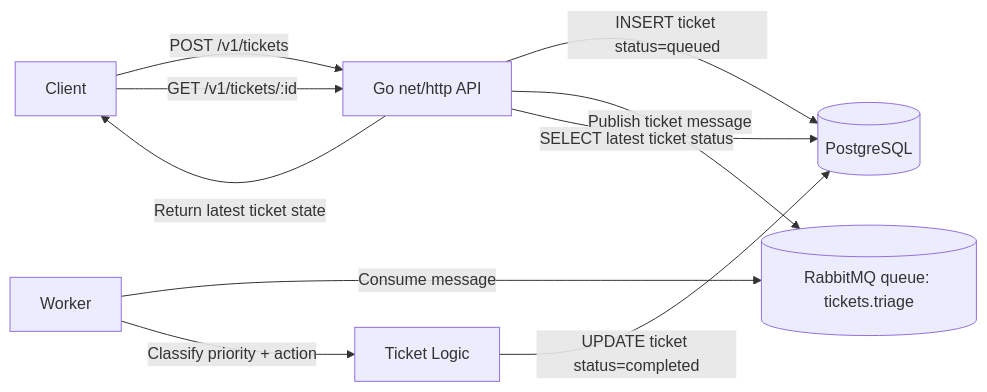
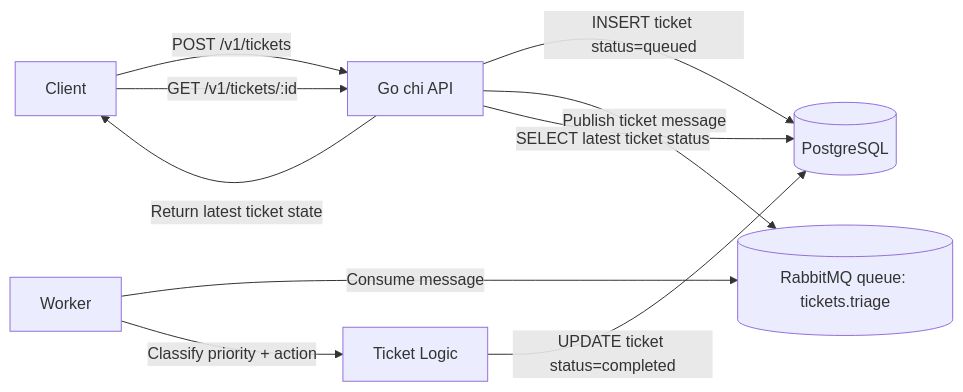
Before and after one commit to sandeepkv93/rabbitamq-queuecraft: the diagram in README.md, drawn with Mermaid. The commit also changed other lines of this file and 4 other files, not shown here.

Commit message:
refactor: migrate API routing to chi and add integration tests

````diff
--- a/README.md
+++ b/README.md
@@ -12,12 +12,12 @@
 ```mermaid
 flowchart LR
-    C[Client] -->|POST /v1/tickets| API[Go net/http API]
+    C[Client] -->|POST /v1/tickets| API[Go chi API]
     API -->|INSERT ticket status=queued| DB[(PostgreSQL)]
     API -->|Publish ticket message| Q[(RabbitMQ queue: tickets.triage)]
     W[Worker] -->|Consume message| Q
     W -->|Classify priority + action| L[Ticket Logic]
     L -->|UPDATE ticket status=completed| DB
     C -->|GET /v1/tickets/:id| API
     API -->|SELECT latest ticket status| DB
     API -->|Return latest ticket state| C
 ```
````
